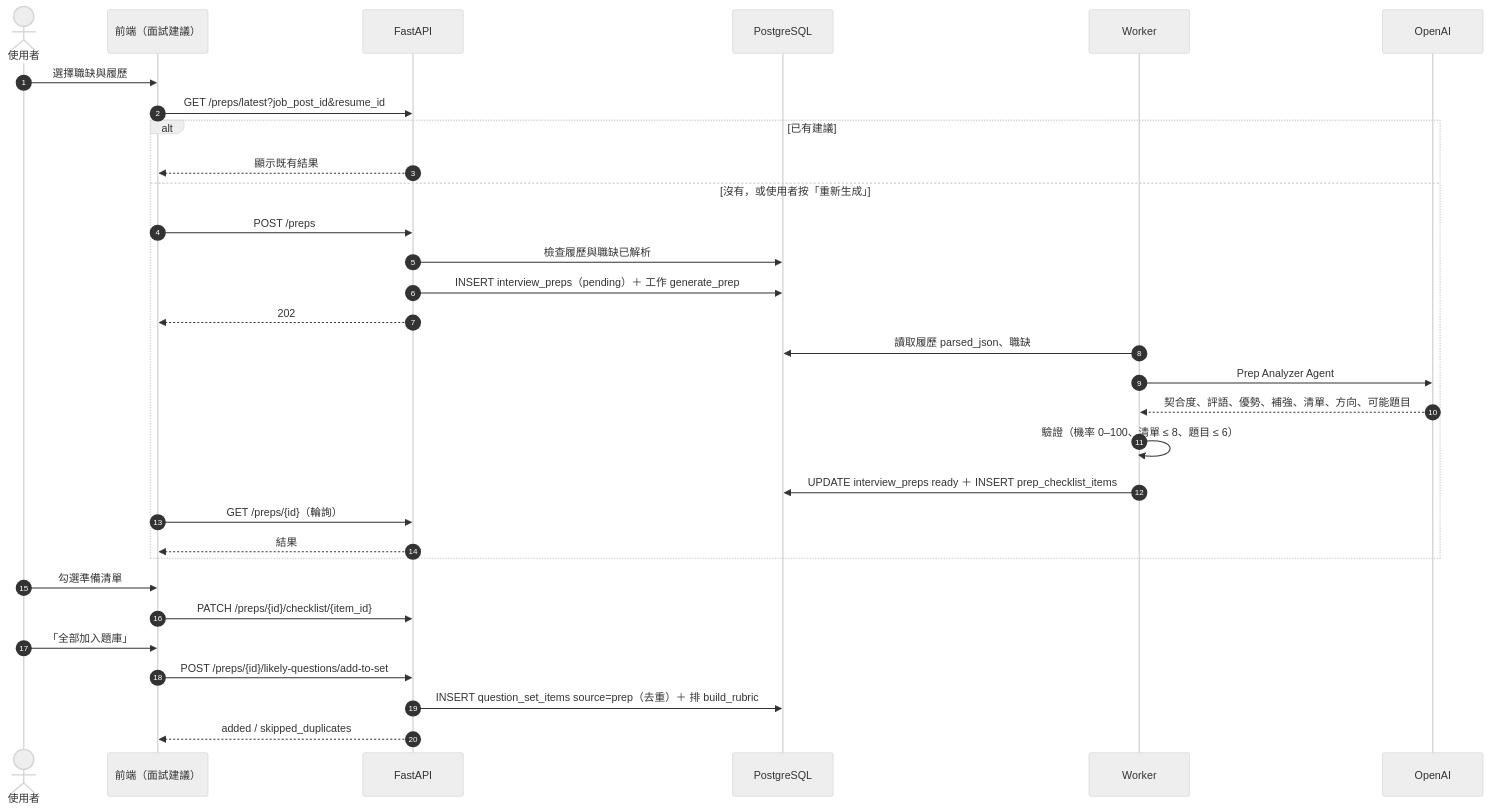
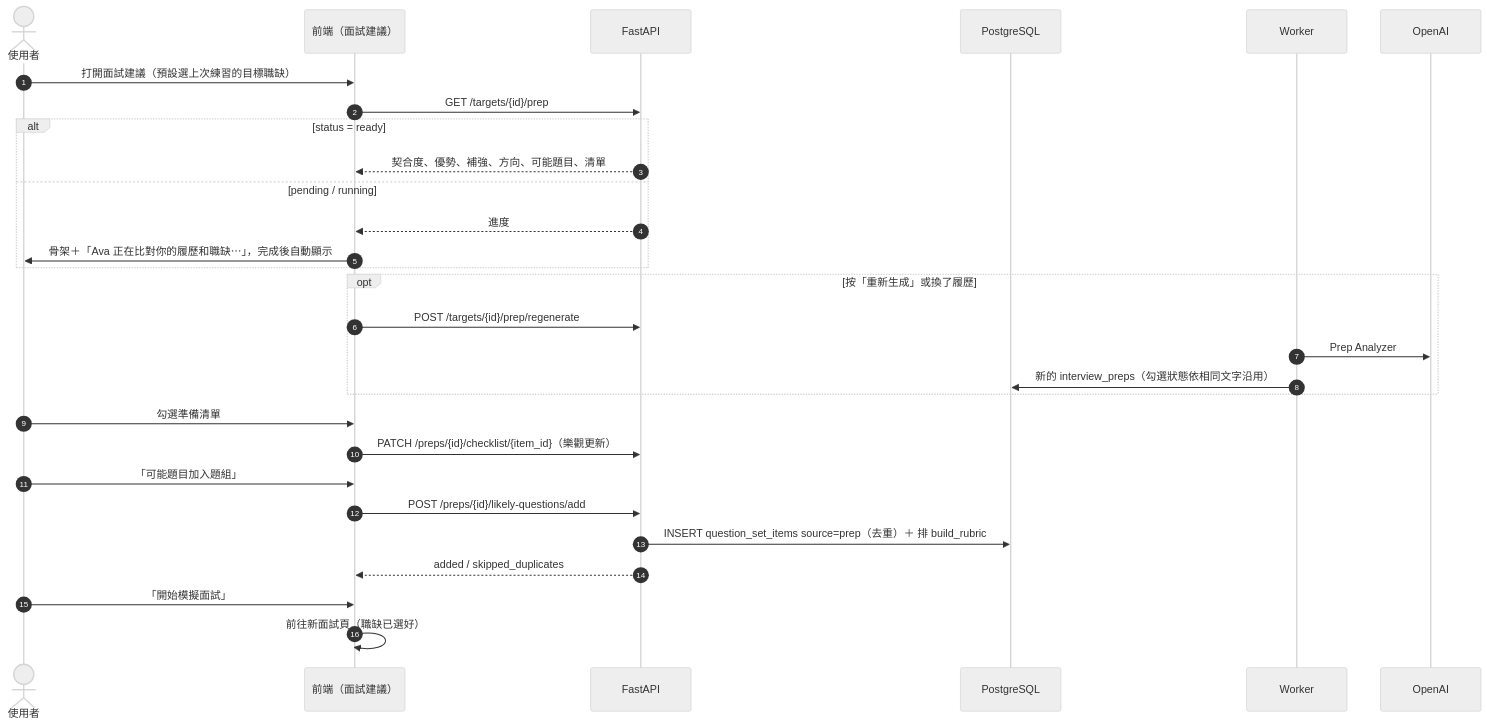
One commit to WilliamTsai1227/AI_Interview changed the eighth of 29 diagrams in spec/flows.md. Above: the diagram before and after it, drawn with Mermaid (neutral theme). The commit also changed other lines of this file and 4 other files, not shown here.

````diff
--- a/spec/flows.md
+++ b/spec/flows.md
@@ -201,34 +234,32 @@
 ```mermaid
 sequenceDiagram
     autonumber
     actor U as 使用者
     participant FE as 前端（面試建議）
     participant API as FastAPI
     participant DB as PostgreSQL
     participant W as Worker
     participant AI as OpenAI
 
-    U->>FE: 選擇職缺與履歷
-    FE->>API: GET /preps/latest?job_post_id&resume_id
-    alt 已有建議
-        API-->>FE: 顯示既有結果
-    else 沒有，或使用者按「重新生成」
-        FE->>API: POST /preps
-        API->>DB: 檢查履歷與職缺已解析
-        API->>DB: INSERT interview_preps（pending）＋ 工作 generate_prep
-        API-->>FE: 202
-        W->>DB: 讀取履歷 parsed_json、職缺
-        W->>AI: Prep Analyzer Agent
-        AI-->>W: 契合度、評語、優勢、補強、清單、方向、可能題目
-        W->>W: 驗證（機率 0–100、清單 ≤ 8、題目 ≤ 6）
-        W->>DB: UPDATE interview_preps ready ＋ INSERT prep_checklist_items
-        FE->>API: GET /preps/{id}（輪詢）
-        API-->>FE: 結果
+    U->>FE: 打開面試建議（預設選上次練習的目標職缺）
+    FE->>API: GET /targets/{id}/prep
+    alt status = ready
+        API-->>FE: 契合度、優勢、補強、方向、可能題目、清單
+    else pending / running
+        API-->>FE: 進度
+        FE->>U: 骨架＋「Ava 正在比對你的履歷和職缺⋯」，完成後自動顯示
+    end
+    opt 按「重新生成」或換了履歷
+        FE->>API: POST /targets/{id}/prep/regenerate
+        W->>AI: Prep Analyzer
+        W->>DB: 新的 interview_preps（勾選狀態依相同文字沿用）
     end
     U->>FE: 勾選準備清單
-    FE->>API: PATCH /preps/{id}/checklist/{item_id}
-    U->>FE: 「全部加入題庫」
-    FE->>API: POST /preps/{id}/likely-questions/add-to-set
+    FE->>API: PATCH /preps/{id}/checklist/{item_id}（樂觀更新）
+    U->>FE: 「可能題目加入題組」
+    FE->>API: POST /preps/{id}/likely-questions/add
     API->>DB: INSERT question_set_items source=prep（去重）＋ 排 build_rubric
     API-->>FE: added / skipped_duplicates
+    U->>FE: 「開始模擬面試」
+    FE->>FE: 前往新面試頁（職缺已選好）
 ```
````
